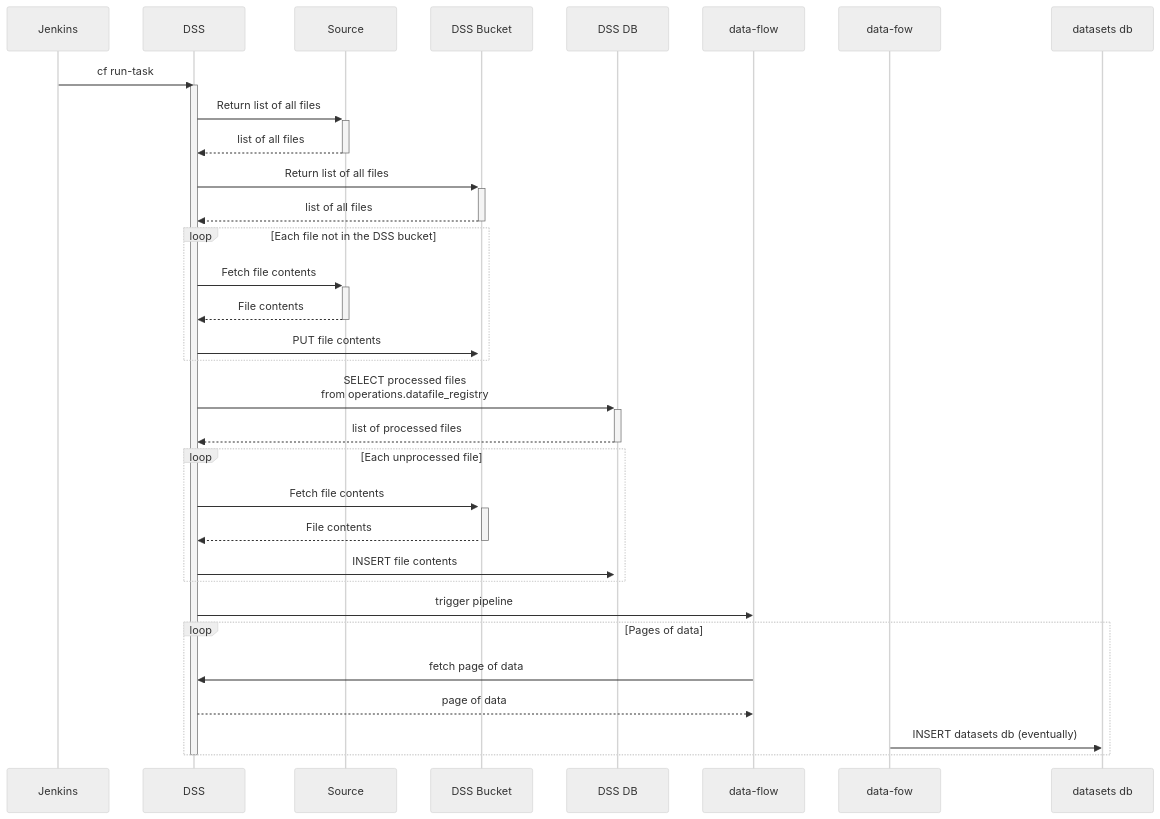
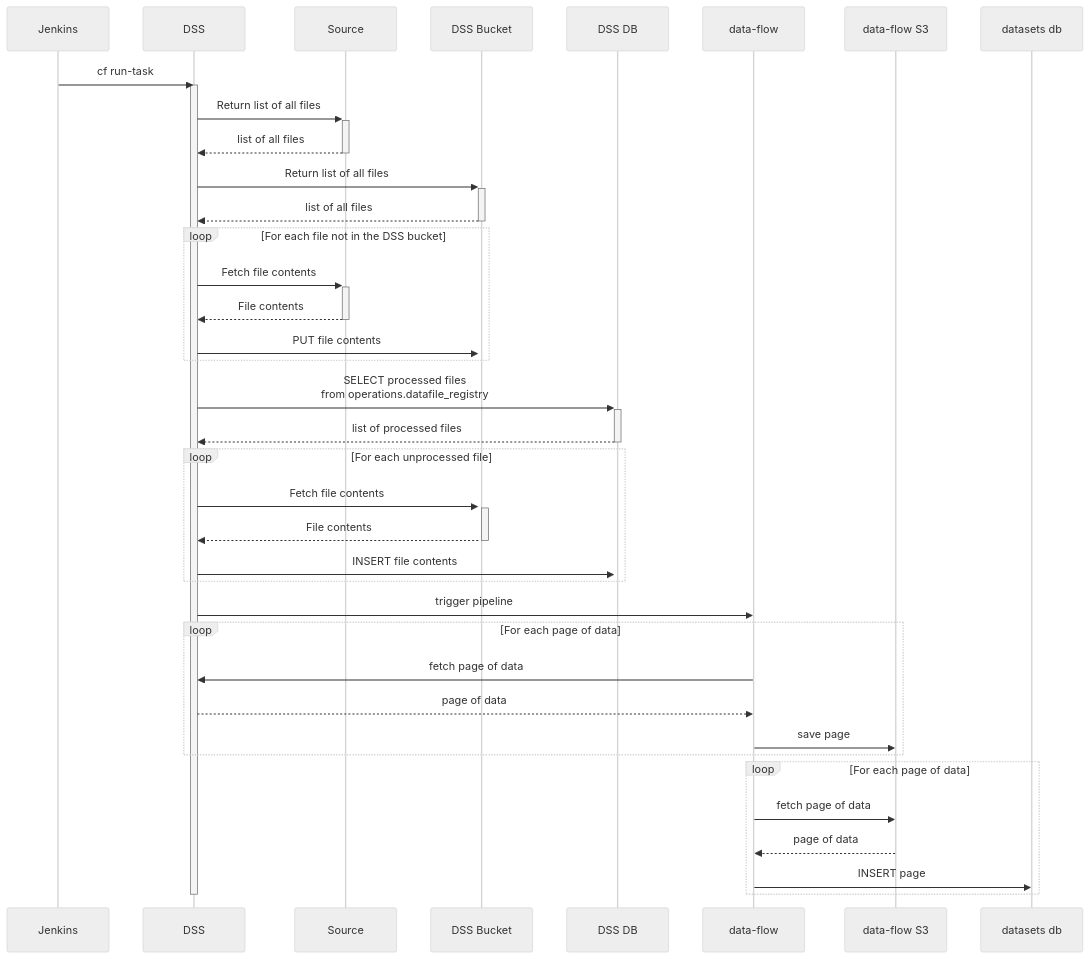
Before and after one commit to uktrade/data-store-service: the diagram in README.md, drawn with Mermaid (neutral theme). The commit also changed other lines of this file, not shown here.

Commit message:
docs: correct and more detail to sequence diagram
This gives more detail to the sequence diagram.

This is being done because it's often hard to understand how the Data Store Service fits into the various systems.

````diff
--- a/README.md
+++ b/README.md
@@ -10,32 +10,38 @@
 ```mermaid
 sequenceDiagram
     Jenkins ->> DSS: cf run-task
     activate DSS
     DSS ->>+ Source: Return list of all files
     Source -->>- DSS: list of all files
     DSS ->>+ DSS Bucket: Return list of all files
     DSS Bucket -->>- DSS: list of all files
-    loop Each file not in the DSS bucket
+    loop For each file not in the DSS bucket
       DSS ->>+ Source: Fetch file contents
       Source -->>- DSS: File contents
       DSS ->>+ DSS Bucket: PUT file contents
     end
 
     DSS ->>+ DSS DB: SELECT processed files <br>from operations.datafile_registry
     DSS DB -->>- DSS: list of processed files
 
-    loop Each unprocessed file
+    loop For each unprocessed file
       DSS ->>+ DSS Bucket: Fetch file contents
       DSS Bucket -->>- DSS: File contents
       DSS ->>+ DSS DB: INSERT file contents
     end
 
     DSS ->> data-flow: trigger pipeline
-    loop Pages of data
+    loop For each page of data
        data-flow ->> DSS: fetch page of data
        DSS -->> data-flow: page of data
-       data-fow ->> datasets db: INSERT datasets db (eventually)
+       data-flow ->> data-flow S3: save page
+    end
+
+   loop For each page of data
+       data-flow ->> data-flow S3: fetch page of data
+       data-flow S3 -->> data-flow: page of data
+       data-flow ->> datasets db: INSERT page
     end
 
     deactivate DSS
 ```
````
